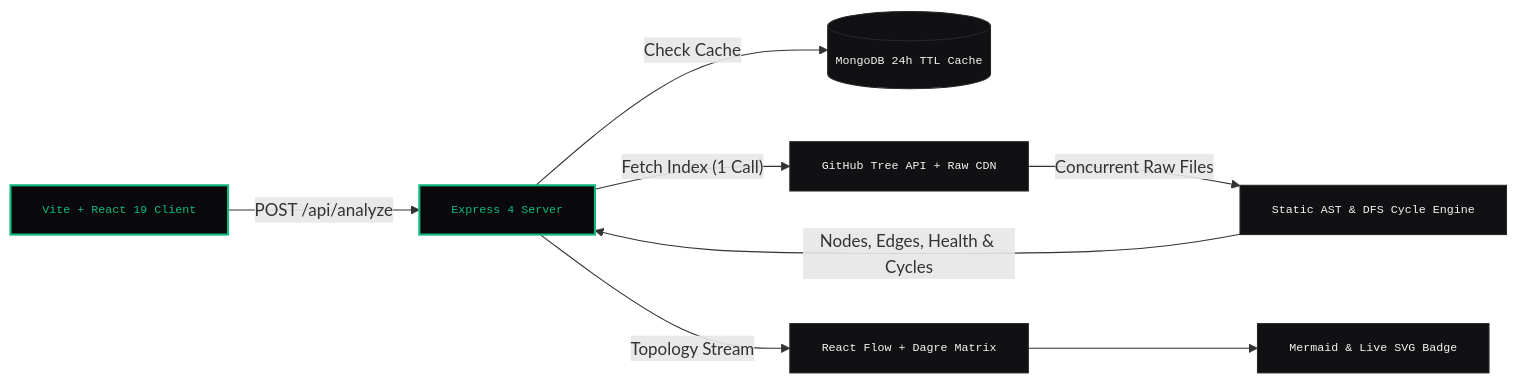
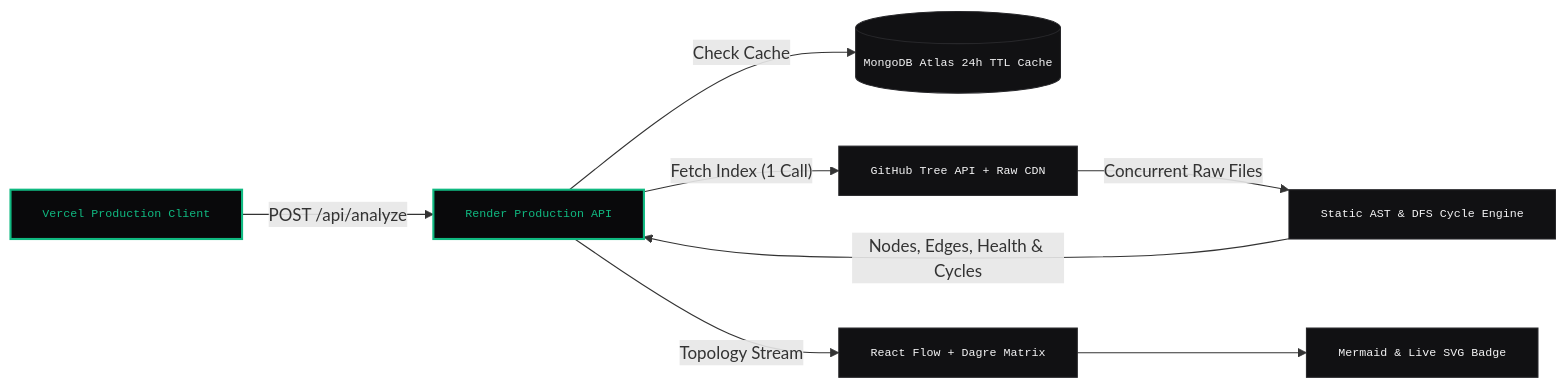
One commit to AtharvDoiphode/Repomap changed the diagram in README.md. Above: the diagram before and after it, drawn with Mermaid. The commit also changed other lines of this file and 3 other files, not shown here.

Commit message:
docs: add live Vercel demo link and dynamic Render SVG badge to README

````diff
--- a/README.md
+++ b/README.md
@@ -56,22 +85,22 @@
 ```mermaid
 %% Generated via RepoMap Architecture Telemetry
 flowchart LR
     classDef hub fill:#09090b,stroke:#10b981,stroke-width:2px,color:#10b981,font-family:monospace,font-size:11px;
     classDef node fill:#111113,stroke:#27272a,stroke-width:1px,color:#f4f4f5,font-family:monospace,font-size:11px;
 
-    UI["Vite + React 19 Client"]:::hub
-    API["Express 4 Server"]:::hub
-    DB[("MongoDB 24h TTL Cache")]:::node
+    UI["Vercel Production Client"]:::hub
+    API["Render Production API"]:::hub
+    DB[("MongoDB Atlas 24h TTL Cache")]:::node
     GH["GitHub Tree API + Raw CDN"]:::node
     PARSER["Static AST & DFS Cycle Engine"]:::node
     CANVAS["React Flow + Dagre Matrix"]:::node
     EXPORTER["Mermaid & Live SVG Badge"]:::node
 
     UI -->|"POST /api/analyze"| API
     API -->|"Check Cache"| DB
     API -->|"Fetch Index (1 Call)"| GH
     GH -->|"Concurrent Raw Files"| PARSER
     PARSER -->|"Nodes, Edges, Health & Cycles"| API
     API -->|"Topology Stream"| CANVAS
     CANVAS --> EXPORTER
 ```
````
